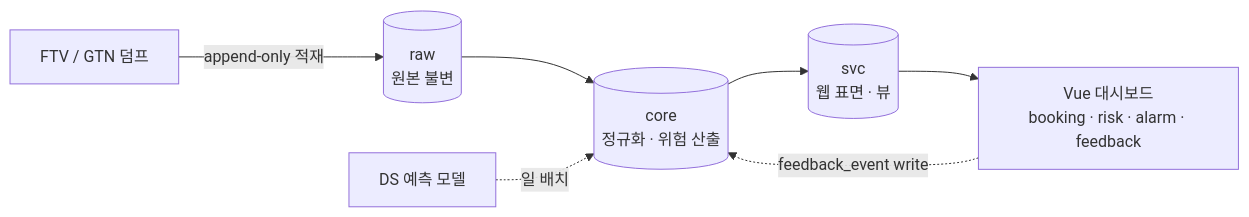
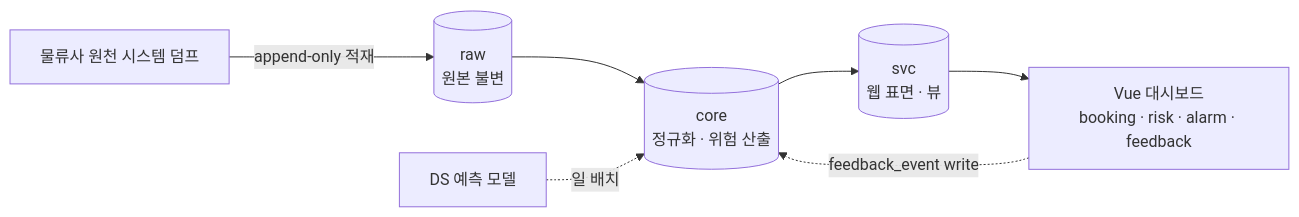
The third of 5 diagrams in docs/experience.md (jiyean99/jiyean99), drawn with Mermaid before and after one commit. The commit also changed other lines of this file and 17 other files, not shown here.

````diff
--- a/docs/experience.md
+++ b/docs/experience.md
@@ -113,9 +138,9 @@
 ```mermaid
 flowchart LR
-  FTV["FTV / GTN 덤프"] -->|"append-only 적재"| RAW[("raw<br/>원본 불변")]
+  SRC["물류사 원천 시스템 덤프"] -->|"append-only 적재"| RAW[("raw<br/>원본 불변")]
   RAW --> CORE[("core<br/>정규화 · 위험 산출")]
   DS["DS 예측 모델"] -.->|"일 배치"| CORE
   CORE --> SVC[("svc<br/>웹 표면 · 뷰")]
   SVC --> WEB["Vue 대시보드<br/>booking · risk · alarm · feedback"]
   WEB -.->|"feedback_event write"| CORE
 ```
````
